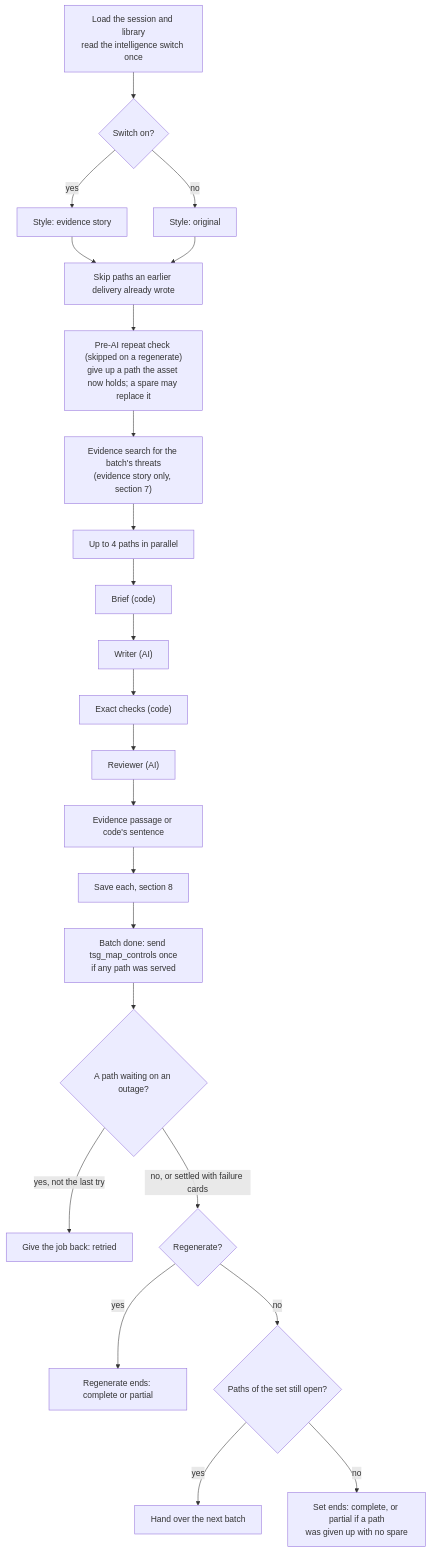
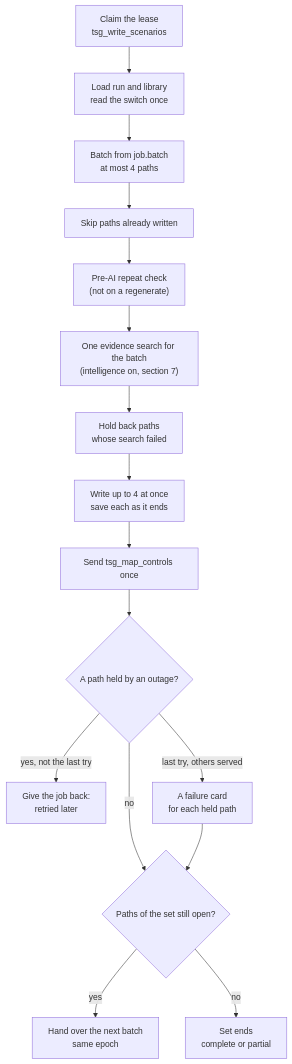
Before and after one commit to gopalchettri/cii: the sixth of 13 diagrams in docs/TSG_END_TO_END_FLOW.md, drawn with Mermaid. The commit also changed other lines of this file, not shown here.

First line of the commit message:
Docs: the TSG end-to-end flow with one real worked run, step by step

````diff
--- a/docs/TSG_END_TO_END_FLOW.md
+++ b/docs/TSG_END_TO_END_FLOW.md
@@ -370,19 +1503,18 @@
 ```mermaid
 flowchart TB
-    LD["Load the session and library<br/>read the intelligence switch once"] --> ST{"Switch on?"}
-    ST -- yes --> STY1["Style: evidence story"]
-    ST -- no --> STY2["Style: original"]
-    STY1 & STY2 --> DONE["Skip paths an earlier delivery already wrote"]
-    DONE --> REP["Pre-AI repeat check (skipped on a regenerate)<br/>give up a path the asset now holds; a spare may replace it"]
-    REP --> EVS["Evidence search for the batch's threats<br/>(evidence story only, section 7)"]
-    EVS --> POOL["Up to 4 paths in parallel"]
-    POOL --> BR["Brief (code)"] --> WR["Writer (AI)"] --> EX["Exact checks (code)"] --> RV["Reviewer (AI)"] --> PS["Evidence passage or code's sentence"] --> SV["Save each, section 8"]
-    SV --> CT["Batch done: send tsg_map_controls once<br/>if any path was served"]
-    CT --> OU{"A path waiting on an outage?"}
-    OU -- "yes, not the last try" --> RT["Give the job back: retried"]
-    OU -- "no, or settled with failure cards" --> RG{"Regenerate?"}
-    RG -- yes --> FRG["Regenerate ends: complete or partial"]
-    RG -- no --> NX{"Paths of the set still open?"}
-    NX -- yes --> HB["Hand over the next batch"]
-    NX -- no --> FIN["Set ends: complete, or partial if a path<br/>was given up with no spare"]
+    A["Claim the lease<br/>tsg_write_scenarios"] --> B["Load run and library<br/>read the switch once"]
+    B --> C["Batch from job.batch<br/>at most 4 paths"]
+    C --> D["Skip paths already written"]
+    D --> E["Pre-AI repeat check<br/>(not on a regenerate)"]
+    E --> F["One evidence search for the batch<br/>(intelligence on, section 7)"]
+    F --> G["Hold back paths<br/>whose search failed"]
+    G --> H["Write up to 4 at once<br/>save each as it ends"]
+    H --> I["Send tsg_map_controls once"]
+    I --> J{"A path held by an outage?"}
+    J -- "yes, not the last try" --> R["Give the job back:<br/>retried later"]
+    J -- "last try, others served" --> FC["A failure card<br/>for each held path"]
+    J -- "no" --> N{"Paths of the set still open?"}
+    FC --> N
+    N -- "yes" --> HO["Hand over the next batch<br/>same epoch"]
+    N -- "no" --> SE["Set ends<br/>complete or partial"]
 ```
````
